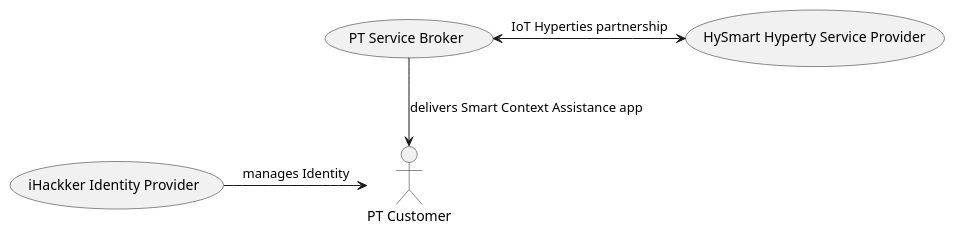
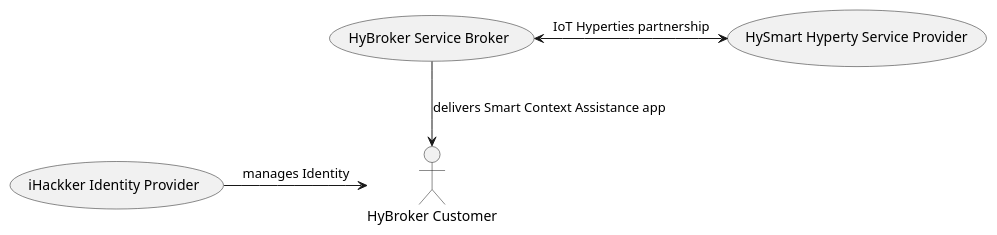
The diagram in docs/scenarios/smart-contextual-assistance/smart-contextual-assistance-business-view.puml (reTHINK-project/scenario-service-implementation), drawn with PlantUML before and after one commit.

Commit message:
broker renamed

```diff
--- a/docs/scenarios/smart-contextual-assistance/smart-contextual-assistance-business-view.puml
+++ b/docs/scenarios/smart-contextual-assistance/smart-contextual-assistance-business-view.puml
@@ -1,14 +1,14 @@
 @startuml
 
-actor "PT Customer" as client
+actor "HyBroker Customer" as client
 
-usecase (PT Service Broker) as pt
+usecase (HyBroker Service Broker) as pt
 usecase (HySmart Hyperty Service Provider) as hySmart
 usecase (iHackker Identity Provider) as iHackker
 
 pt <-> hySmart : IoT Hyperties partnership
 pt -down-> client : delivers Smart Context Assistance app
 iHackker -right-> client : manages Identity
 
 
 @enduml
```
